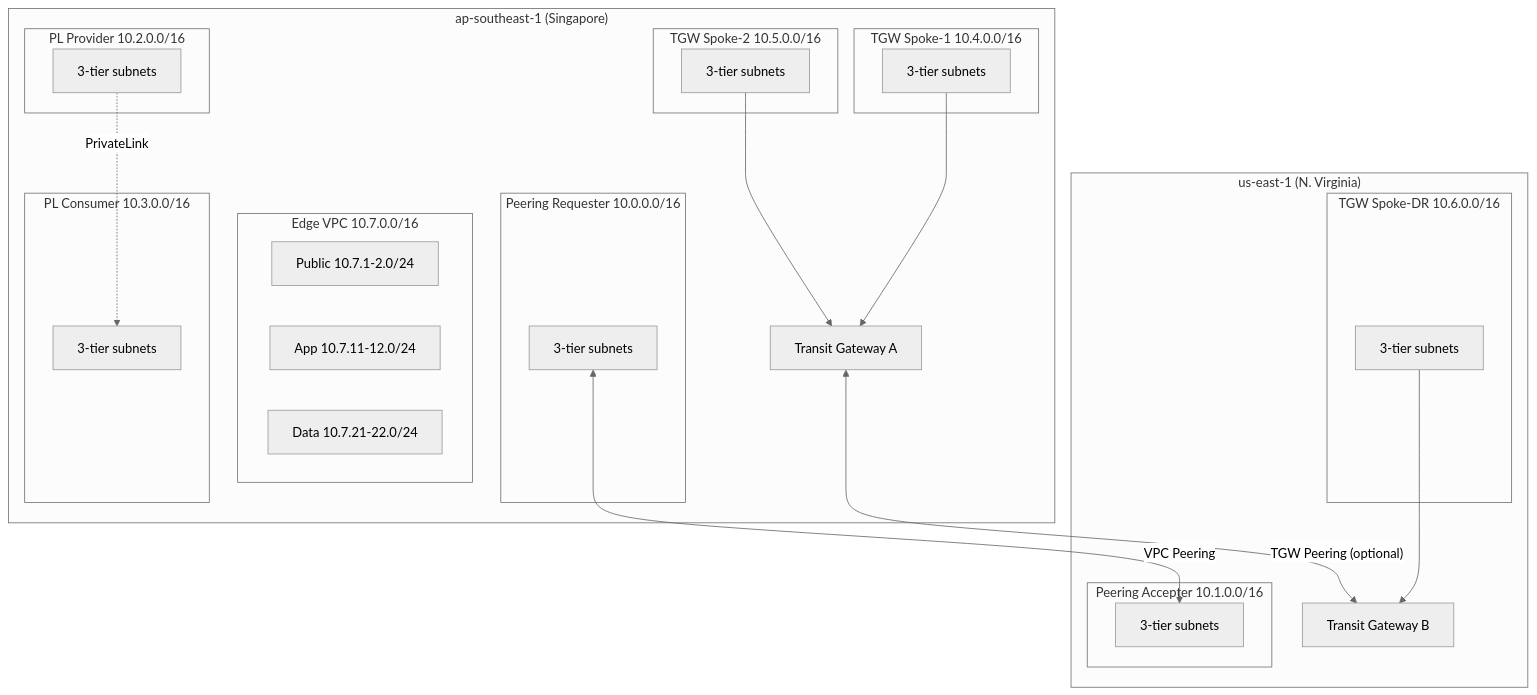
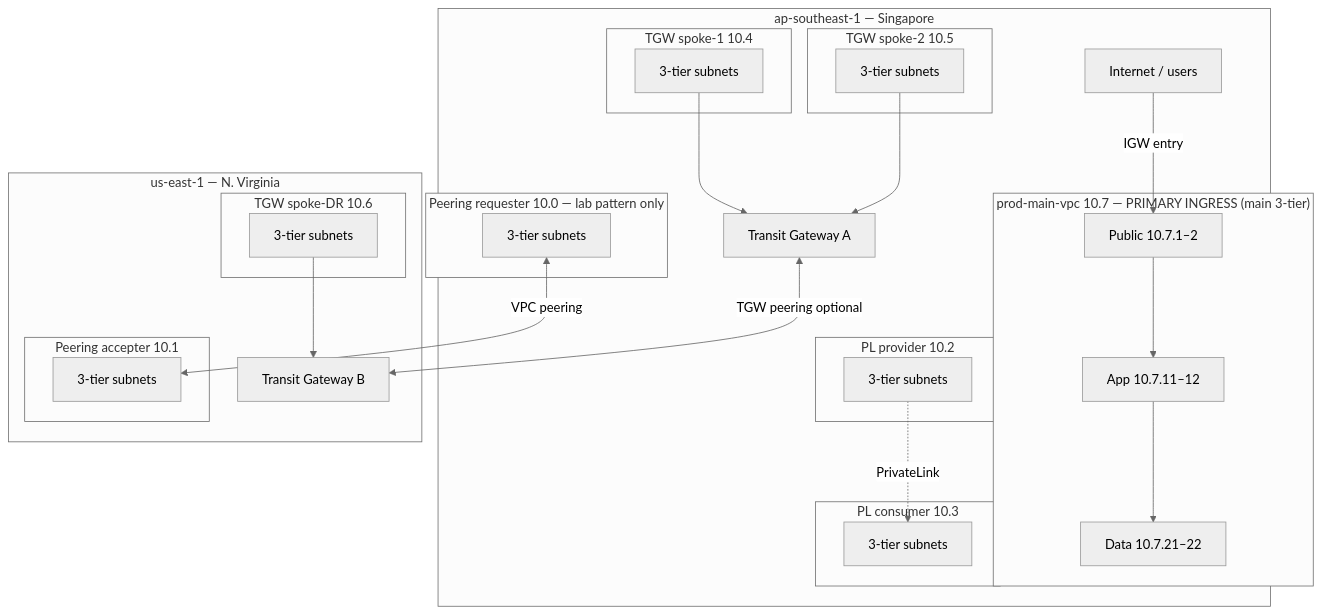
Before and after one commit to duynhlab/tf-ministack-local: the fifth of 10 diagrams in docs/README.md, drawn with Mermaid (neutral theme). The commit also changed other lines of this file and 18 other files, not shown here.

````diff
--- a/docs/README.md
+++ b/docs/README.md
@@ -44,53 +163,58 @@
 ```mermaid
-graph TD
-    subgraph sgRegion ["ap-southeast-1 (Singapore)"]
-        subgraph edgeVPC ["Edge VPC 10.7.0.0/16"]
-            EDGE_PUB["Public 10.7.1-2.0/24"]
-            EDGE_APP["App 10.7.11-12.0/24"]
-            EDGE_DATA["Data 10.7.21-22.0/24"]
+flowchart TB
+    clients["Internet / users"]
+
+    subgraph sgRegion ["ap-southeast-1 — Singapore"]
+        subgraph mainVPC ["prod-main-vpc 10.7 — PRIMARY INGRESS (main 3-tier)"]
+            EDGE_PUB["Public 10.7.1–2"]
+            EDGE_APP["App 10.7.11–12"]
+            EDGE_DATA["Data 10.7.21–22"]
         end
-        
+        clients -->|"IGW entry"| EDGE_PUB
+        EDGE_PUB --> EDGE_APP
+        EDGE_APP --> EDGE_DATA
+
         TGW_A["Transit Gateway A"]
-        
-        subgraph peerReq ["Peering Requester 10.0.0.0/16"]
+
+        subgraph peerReq ["Peering requester 10.0 — lab pattern only"]
             PR_TIERS["3-tier subnets"]
         end
-        
-        subgraph spoke1 ["TGW Spoke-1 10.4.0.0/16"]
+
+        subgraph spoke1 ["TGW spoke-1 10.4"]
             S1_TIERS["3-tier subnets"]
         end
-        
-        subgraph spoke2 ["TGW Spoke-2 10.5.0.0/16"]
+
+        subgraph spoke2 ["TGW spoke-2 10.5"]
             S2_TIERS["3-tier subnets"]
         end
-        
-        subgraph plProv ["PL Provider 10.2.0.0/16"]
+
+        subgraph plProv ["PL provider 10.2"]
             PLP_TIERS["3-tier subnets"]
         end
-        
-        subgraph plCons ["PL Consumer 10.3.0.0/16"]
+
+        subgraph plCons ["PL consumer 10.3"]
             PLC_TIERS["3-tier subnets"]
         end
-        
+
         S1_TIERS --> TGW_A
         S2_TIERS --> TGW_A
         PLP_TIERS -.->|"PrivateLink"| PLC_TIERS
     end
-    
-    subgraph usRegion ["us-east-1 (N. Virginia)"]
+
+    subgraph usRegion ["us-east-1 — N. Virginia"]
         TGW_B["Transit Gateway B"]
-        
-        subgraph peerAcc ["Peering Accepter 10.1.0.0/16"]
+
+        subgraph peerAcc ["Peering accepter 10.1"]
             PA_TIERS["3-tier subnets"]
         end
-        
-        subgraph spokeDR ["TGW Spoke-DR 10.6.0.0/16"]
+
+        subgraph spokeDR ["TGW spoke-DR 10.6"]
             SDR_TIERS["3-tier subnets"]
         end
-        
+
         SDR_TIERS --> TGW_B
     end
-    
-    PR_TIERS <-->|"VPC Peering"| PA_TIERS
-    TGW_A <-->|"TGW Peering (optional)"| TGW_B
+
+    PR_TIERS <-->|"VPC peering"| PA_TIERS
+    TGW_A <-->|"TGW peering optional"| TGW_B
 ```
````
